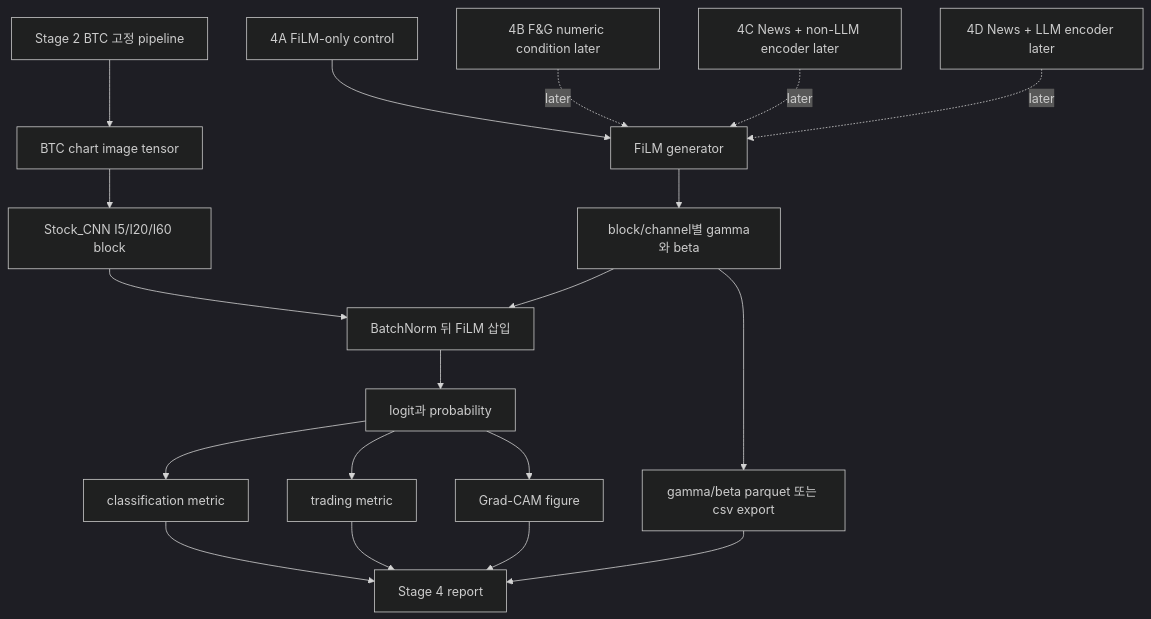
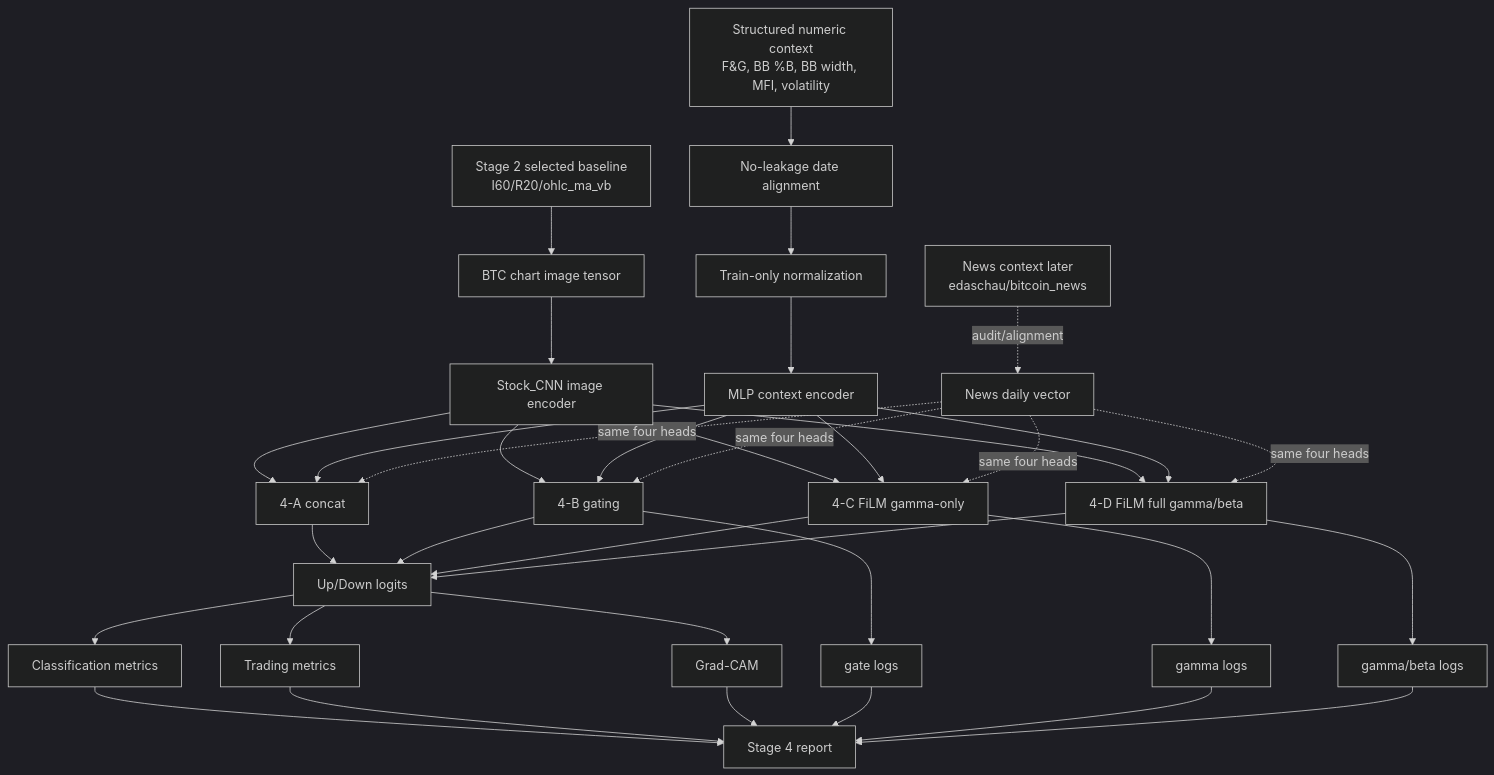
One commit to Jaehyeon-Jeong/Thesis changed the second of 2 diagrams in stage4_film_conditioning/workflow_diagram.md. Above: the diagram before and after it, drawn with Mermaid (dark theme). The commit also changed other lines of this file and 9 other files, not shown here.

Commit message:
Plan stage4 context fusion experiments

````diff
--- a/stage4_film_conditioning/workflow_diagram.md
+++ b/stage4_film_conditioning/workflow_diagram.md
@@ -31,23 +52,44 @@
 ```mermaid
 flowchart TD
-    A[Stage 2 BTC 고정 pipeline] --> B[BTC chart image tensor]
-    B --> C[Stock_CNN I5/I20/I60 block]
-    C --> D[BatchNorm 뒤 FiLM 삽입]
+    A[Stage 2 selected baseline<br/>I60/R20/ohlc_ma_vb] --> B[BTC chart image tensor]
+    B --> C[Stock_CNN image encoder]
 
-    S0[4A FiLM-only control] --> G[FiLM generator]
-    S1[4B F&G numeric condition later] -. later .-> G
-    S2[4C News + non-LLM encoder later] -. later .-> G
-    S3[4D News + LLM encoder later] -. later .-> G
+    D[Structured numeric context<br/>F&G, BB %B, BB width, MFI, volatility] --> E[No-leakage date alignment]
+    E --> F[Train-only normalization]
+    F --> G[MLP context encoder]
 
-    G --> H[block/channel별 gamma와 beta]
-    H --> D
-    D --> I[logit과 probability]
-    I --> J[classification metric]
-    I --> K[trading metric]
-    I --> L[Grad-CAM figure]
-    H --> M[gamma/beta parquet 또는 csv export]
-    J --> N[Stage 4 report]
-    K --> N
-    L --> N
-    M --> N
+    C --> H1[4-A concat]
+    G --> H1
+    H1 --> O[Up/Down logits]
+
+    C --> H2[4-B gating]
+    G --> H2
+    H2 --> O
+
+    C --> H3[4-C FiLM gamma-only]
+    G --> H3
+    H3 --> O
+
+    C --> H4[4-D FiLM full gamma/beta]
+    G --> H4
+    H4 --> O
+
+    O --> M1[Classification metrics]
+    O --> M2[Trading metrics]
+    O --> M3[Grad-CAM]
+    H2 --> L1[gate logs]
+    H3 --> L2[gamma logs]
+    H4 --> L3[gamma/beta logs]
+    M1 --> R[Stage 4 report]
+    M2 --> R
+    M3 --> R
+    L1 --> R
+    L2 --> R
+    L3 --> R
+
+    N[News context later<br/>edaschau/bitcoin_news] -. audit/alignment .-> NG[News daily vector]
+    NG -. same four heads .-> H1
+    NG -. same four heads .-> H2
+    NG -. same four heads .-> H3
+    NG -. same four heads .-> H4
 ```
````
